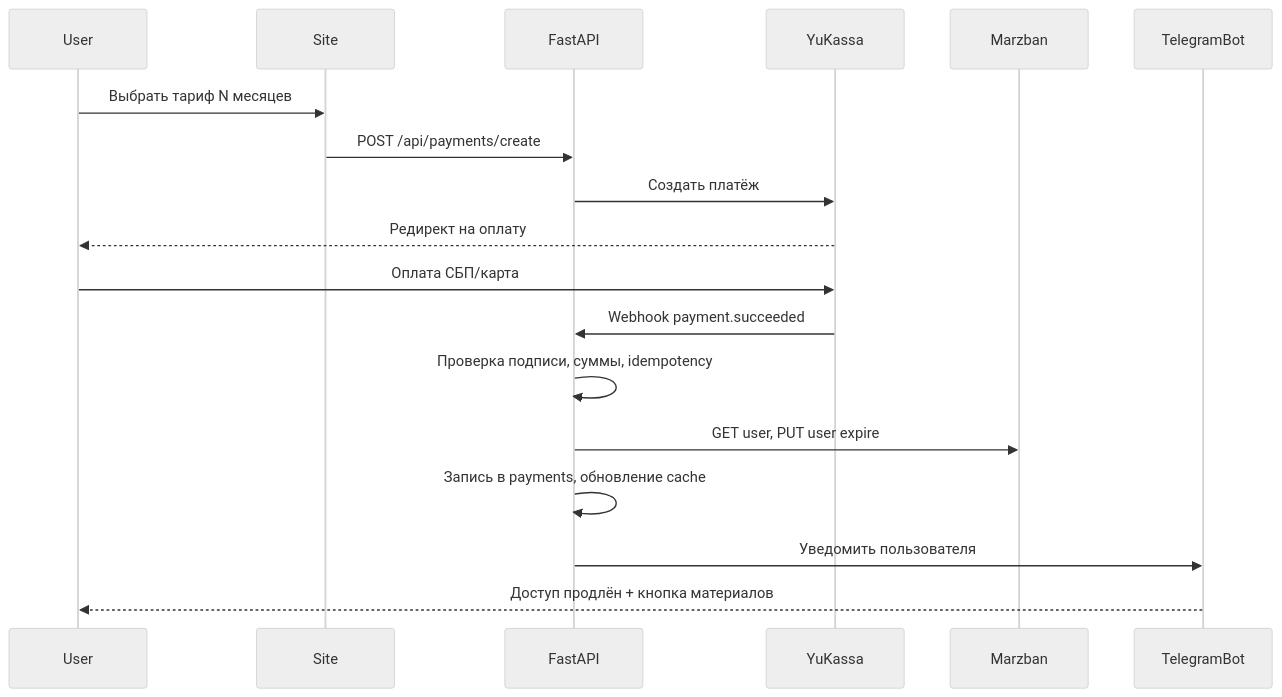
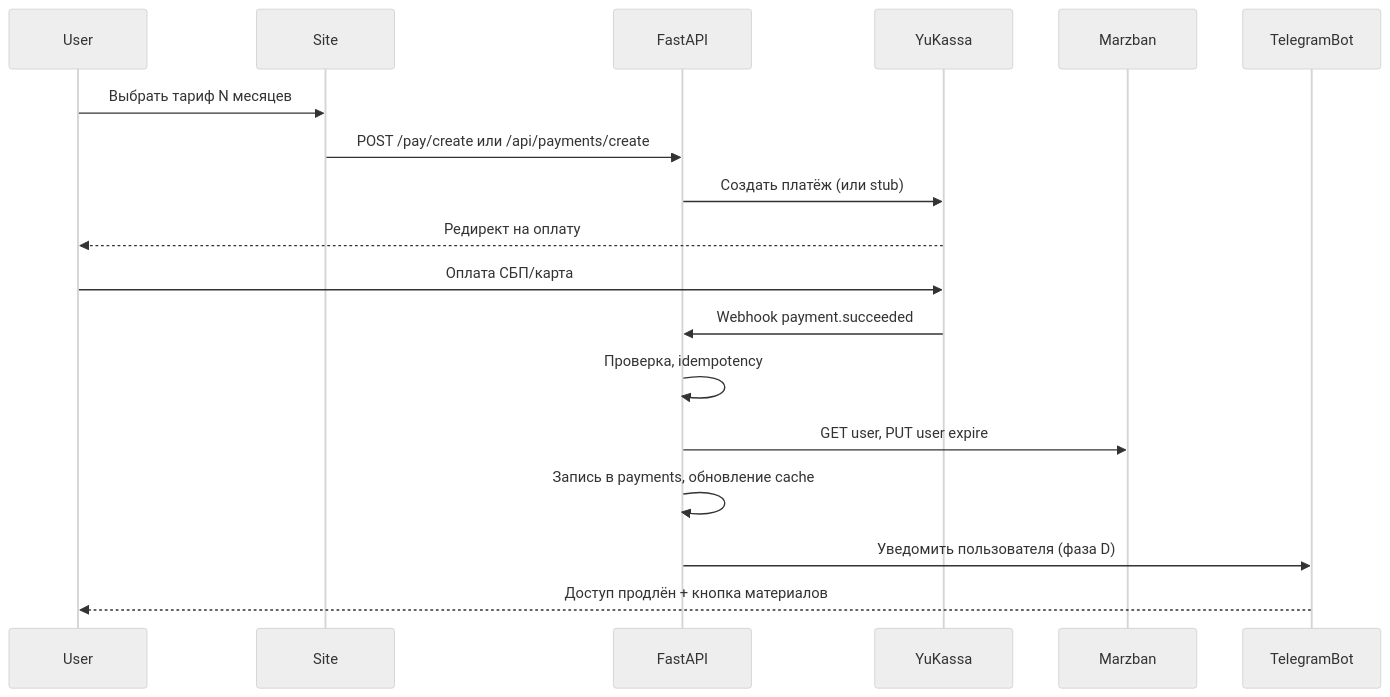
Before and after one commit to Veter-Alex/VXN_pay: the second of 2 diagrams in ПЛАН-ПРОЕКТА.md, drawn with Mermaid (neutral theme). The commit also changed other lines of this file and 3 other files, not shown here.

Commit message:
Актуализировать документацию под текущую реализацию кабинетов и invite-flow.

````diff
--- a/ПЛАН-ПРОЕКТА.md
+++ b/ПЛАН-ПРОЕКТА.md
@@ -186,21 +229,21 @@
 ```mermaid
 sequenceDiagram
   participant U as User
   participant S as Site
   participant API as FastAPI
   participant Y as YuKassa
   participant M as Marzban
   participant B as TelegramBot
 
   U->>S: Выбрать тариф N месяцев
-  S->>API: POST /api/payments/create
-  API->>Y: Создать платёж
+  S->>API: POST /pay/create или /api/payments/create
+  API->>Y: Создать платёж (или stub)
   Y-->>U: Редирект на оплату
   U->>Y: Оплата СБП/карта
   Y->>API: Webhook payment.succeeded
-  API->>API: Проверка подписи, суммы, idempotency
+  API->>API: Проверка, idempotency
   API->>M: GET user, PUT user expire
   API->>API: Запись в payments, обновление cache
-  API->>B: Уведомить пользователя
+  API->>B: Уведомить пользователя (фаза D)
   B-->>U: Доступ продлён + кнопка материалов
 ```
````
